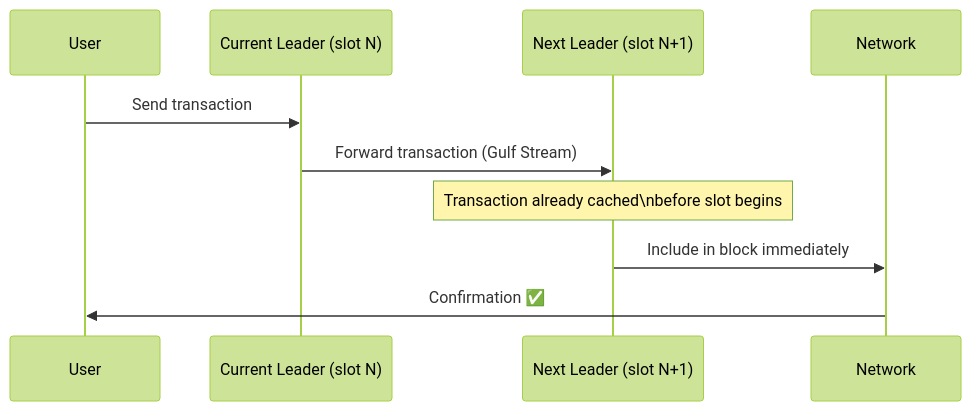
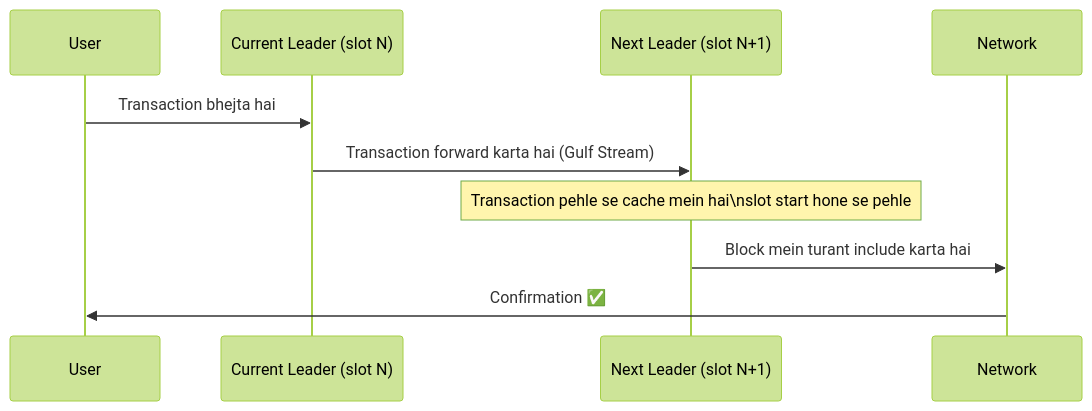
One commit to Siddesh-Pansare93/dev-notes changed the third of 6 diagrams in web3/solana/02-solana-architecture.md. Above: the diagram before and after it, drawn with Mermaid (forest theme). The commit also changed other lines of this file and 248 other files, not shown here.

````diff
--- a/web3/solana/02-solana-architecture.md
+++ b/web3/solana/02-solana-architecture.md
@@ -214,13 +214,13 @@
 ```mermaid
 sequenceDiagram
     participant User
     participant CurrentLeader as Current Leader (slot N)
     participant NextLeader as Next Leader (slot N+1)
     participant Network
 
-    User->>CurrentLeader: Send transaction
-    CurrentLeader->>NextLeader: Forward transaction (Gulf Stream)
-    Note over NextLeader: Transaction already cached\nbefore slot begins
-    NextLeader->>Network: Include in block immediately
+    User->>CurrentLeader: Transaction bhejta hai
+    CurrentLeader->>NextLeader: Transaction forward karta hai (Gulf Stream)
+    Note over NextLeader: Transaction pehle se cache mein hai\nslot start hone se pehle
+    NextLeader->>Network: Block mein turant include karta hai
     Network->>User: Confirmation ✅
 ```
````
